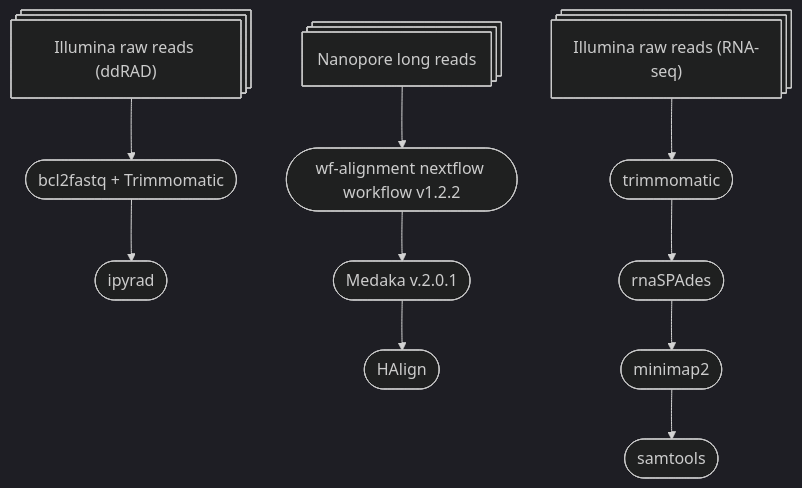
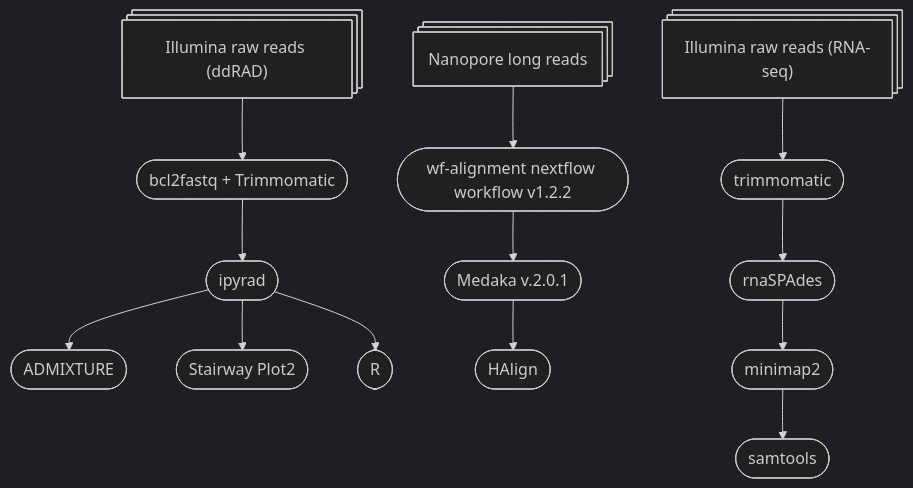
One commit to kuprinak/Drosera_pogen changed the diagram in README.md. Above: the diagram before and after it, drawn with Mermaid (dark theme).

````diff
--- a/README.md
+++ b/README.md
@@ -19,15 +19,18 @@
 ```mermaid
 flowchart TB
 A@{shape: procs, label: "Illumina raw reads (ddRAD)"} --> B([bcl2fastq + Trimmomatic]);
 B --> C([ipyrad]);
+C --> D([ADMIXTURE]);
+C --> E([Stairway Plot2]);
+C --> F([R])
 
 AA@{shape: procs, label: "Nanopore long reads"} --> K([wf-alignment nextflow workflow v1.2.2]);
 K --> K1([Medaka v.2.0.1]);
-K1 --> K2([HAlign]);
+K1 --> K2([HAlign])
 
 AAA@{shape: procs, label: "Illumina raw reads (RNA-seq)"} --> SPA([trimmomatic]);
 SPA --> SPA1([rnaSPAdes]);
 SPA1 --> SPA2([minimap2]);
 SPA2 --> SPA3([samtools])
 
 ```
````
